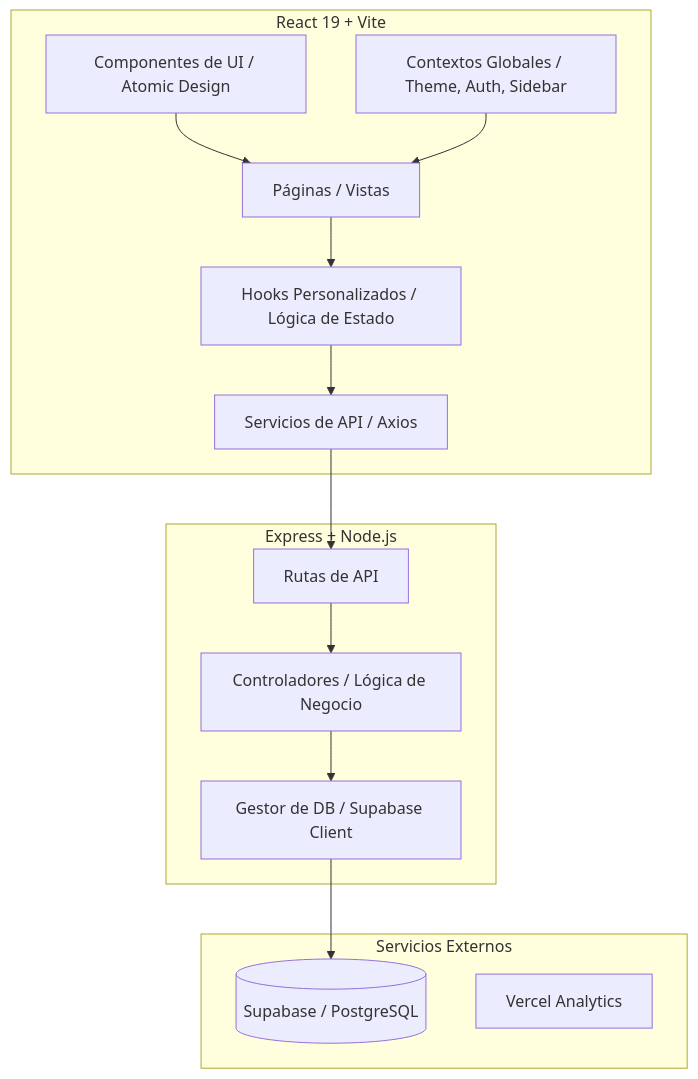
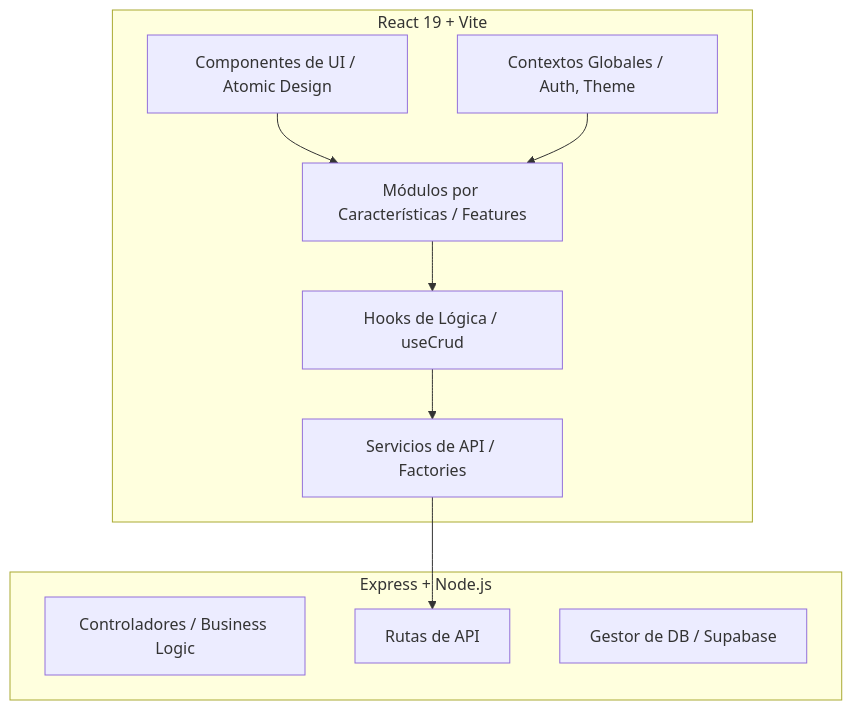
Before and after one commit to Antony-Figueroa/UNEFA_DASHBOARD: the first of 2 diagrams in README.md, drawn with Mermaid. The commit also changed other lines of this file and 5 other files, not shown here.

````diff
--- a/README.md
+++ b/README.md
@@ -13,30 +23,22 @@
 ```mermaid
 graph TD
     subgraph Frontend [React 19 + Vite]
         UI[Componentes de UI / Atomic Design]
-        Pages[Páginas / Vistas]
-        Hooks[Hooks Personalizados / Lógica de Estado]
-        Services[Servicios de API / Axios]
-        Context[Contextos Globales / Theme, Auth, Sidebar]
+        Features[Módulos por Características / Features]
+        Hooks[Hooks de Lógica / useCrud]
+        Services[Servicios de API / Factories]
+        Context[Contextos Globales / Auth, Theme]
     end
 
     subgraph Backend [Express + Node.js]
-        Controllers[Controladores / Lógica de Negocio]
+        Controllers[Controladores / Business Logic]
         Routes[Rutas de API]
-        DBManager[Gestor de DB / Supabase Client]
+        DBManager[Gestor de DB / Supabase]
     end
 
-    subgraph External [Servicios Externos]
-        Supabase[(Supabase / PostgreSQL)]
-        Vercel[Vercel Analytics]
-    end
-
-    Pages --> Hooks
+    Features --> Hooks
     Hooks --> Services
     Services --> Routes
-    Routes --> Controllers
-    Controllers --> DBManager
-    DBManager --> Supabase
-    UI --> Pages
-    Context --> Pages
+    UI --> Features
+    Context --> Features
 ```
````
